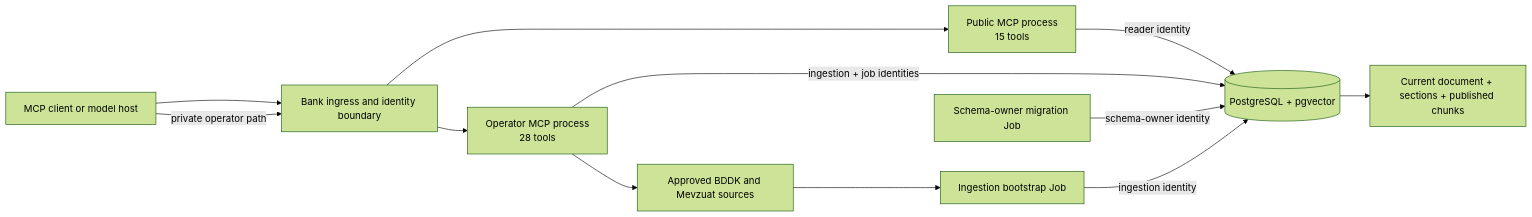
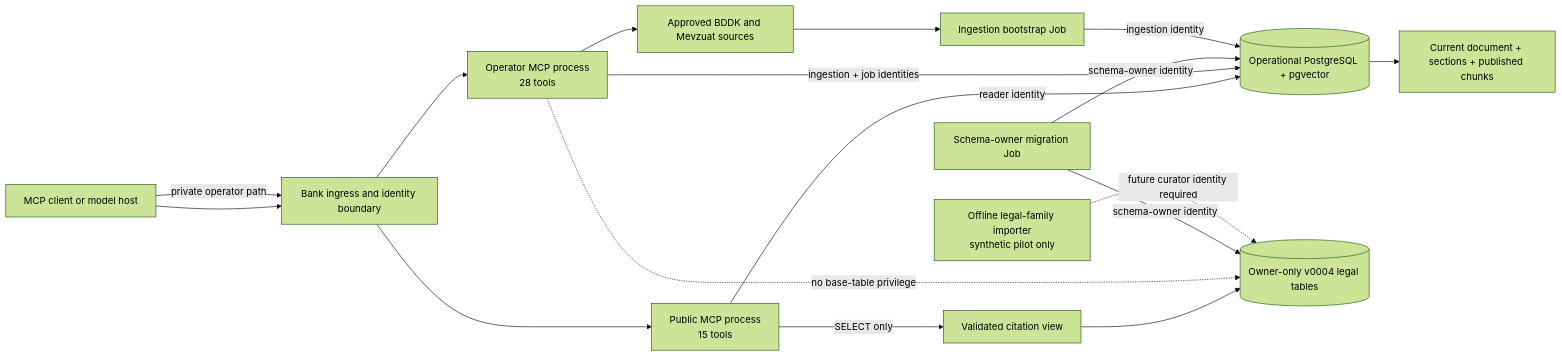
Before and after one commit to omercagatay/bddk-mcp: the first of 5 diagrams in docs/ARCHITECTURE.md, drawn with Mermaid (forest theme). The commit also changed other lines of this file and 16 other files, not shown here.

Commit message:
docs: finalize evidence roadmap and operating gates

```diff
--- a/docs/ARCHITECTURE.md
+++ b/docs/ARCHITECTURE.md
@@ -22,22 +23,30 @@
 ~~~mermaid
 flowchart LR
     Client[MCP client or model host]
     Gateway[Bank ingress and identity boundary]
     Public[Public MCP process\n15 tools]
     Operator[Operator MCP process\n28 tools]
     Migrate[Schema-owner migration Job]
     Bootstrap[Ingestion bootstrap Job]
-    PG[(PostgreSQL + pgvector)]
+    PG[(Operational PostgreSQL + pgvector)]
+    Legal[(Owner-only v0004 legal tables)]
+    CitationView[Validated citation view]
+    Pilot[Offline legal-family importer\nsynthetic pilot only]
     Sources[Approved BDDK and Mevzuat sources]
     Evidence[Current document + sections + published chunks]
 
     Client --> Gateway --> Public
     Client -->|private operator path| Gateway --> Operator
     Public -->|reader identity| PG
+    Public -->|SELECT only| CitationView
+    CitationView --> Legal
     Operator -->|ingestion + job identities| PG
+    Operator -. no base-table privilege .-> Legal
     Operator --> Sources
     Migrate -->|schema-owner identity| PG
+    Migrate -->|schema-owner identity| Legal
     Bootstrap -->|ingestion identity| PG
     Sources --> Bootstrap
+    Pilot -. future curator identity required .-> Legal
     PG --> Evidence
 ~~~
```
